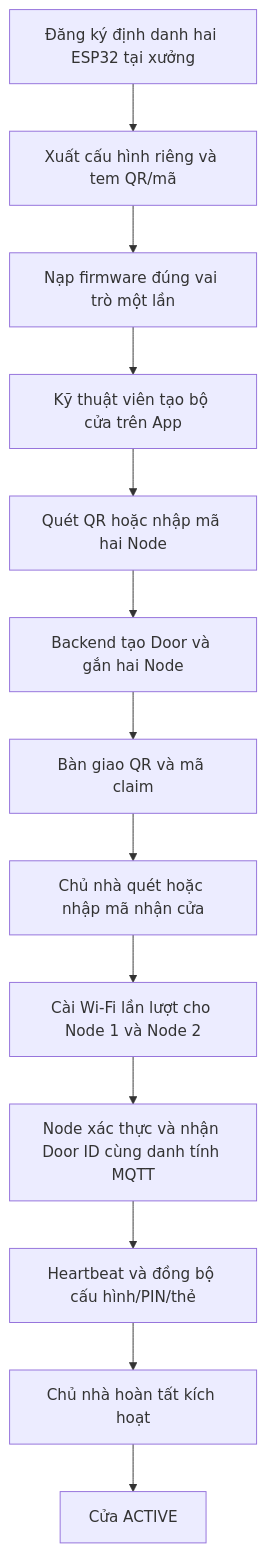
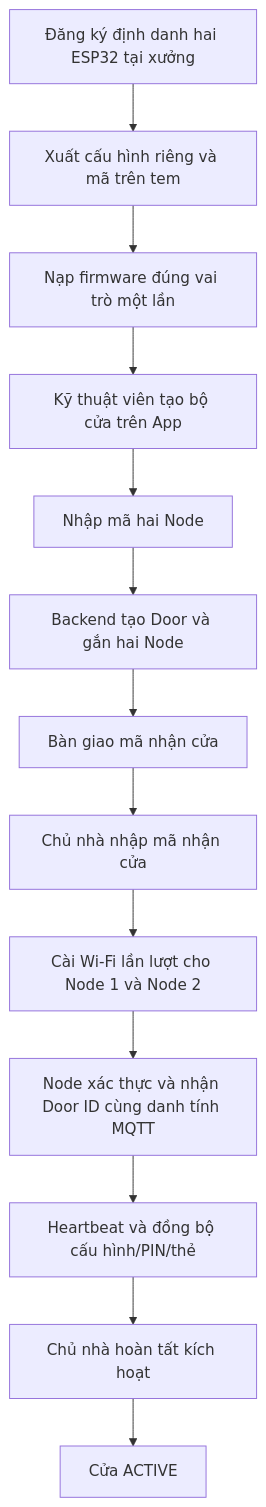
The diagram in docs/05-backend/device-onboarding.md (Nozs002/Smart-Door-System), drawn with Mermaid before and after one commit. The commit also changed other lines of this file and 46 other files, not shown here.

````diff
--- a/docs/05-backend/device-onboarding.md
+++ b/docs/05-backend/device-onboarding.md
@@ -23,15 +27,15 @@
 ```mermaid
 flowchart TD
-    A[Đăng ký định danh hai ESP32 tại xưởng] --> B[Xuất cấu hình riêng và tem QR/mã]
+    A[Đăng ký định danh hai ESP32 tại xưởng] --> B[Xuất cấu hình riêng và mã trên tem]
     B --> C[Nạp firmware đúng vai trò một lần]
     C --> D[Kỹ thuật viên tạo bộ cửa trên App]
-    D --> E[Quét QR hoặc nhập mã hai Node]
+    D --> E[Nhập mã hai Node]
     E --> F[Backend tạo Door và gắn hai Node]
-    F --> G[Bàn giao QR và mã claim]
-    G --> H[Chủ nhà quét hoặc nhập mã nhận cửa]
+    F --> G[Bàn giao mã nhận cửa]
+    G --> H[Chủ nhà nhập mã nhận cửa]
     H --> I[Cài Wi-Fi lần lượt cho Node 1 và Node 2]
     I --> J[Node xác thực và nhận Door ID cùng danh tính MQTT]
     J --> K[Heartbeat và đồng bộ cấu hình/PIN/thẻ]
     K --> L[Chủ nhà hoàn tất kích hoạt]
     L --> M[Cửa ACTIVE]
 ```
````
